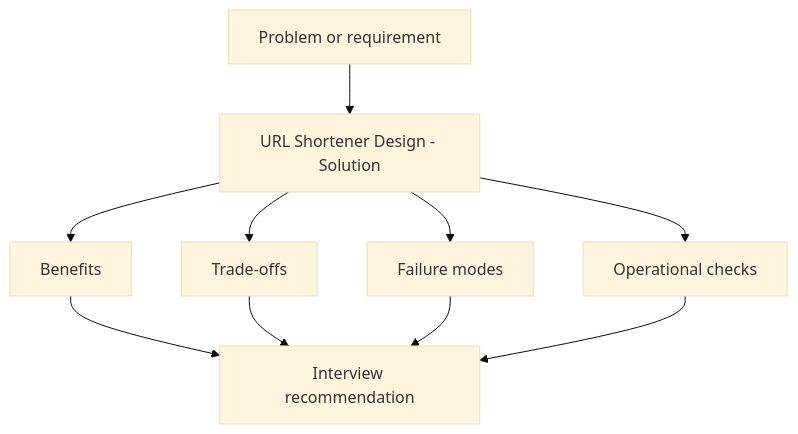
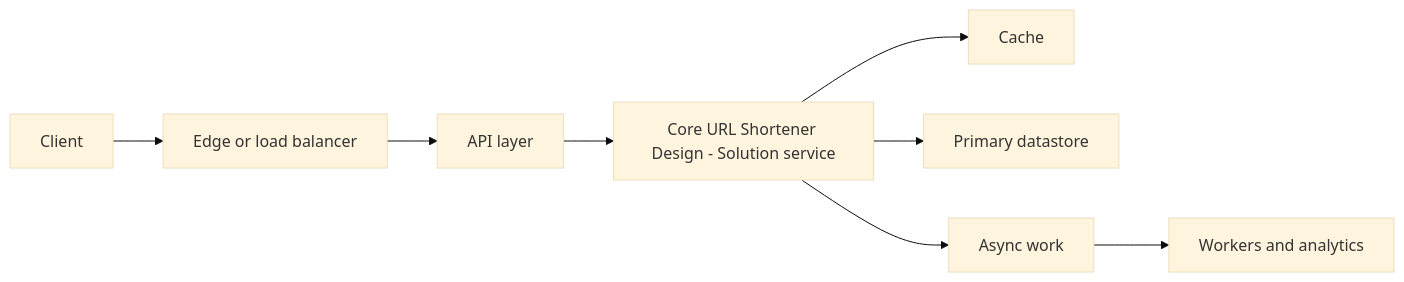
The first of 2 diagrams in case-studies/url-shortener/index.md (abstractinterviews/abstractinterviews.github.io), drawn with Mermaid (base theme) before and after one commit. The commit also changed other lines of this file and 278 other files, not shown here.

````diff
--- a/case-studies/url-shortener/index.md
+++ b/case-studies/url-shortener/index.md
@@ -183,12 +175,10 @@
-~~~mermaid
-flowchart TD
-    Problem["Problem or requirement"] --> Concept["URL Shortener Design - Solution"]
-    Concept --> Benefits["Benefits"]
-    Concept --> Tradeoffs["Trade-offs"]
-    Concept --> FailureModes["Failure modes"]
-    Concept --> Operations["Operational checks"]
-    Benefits --> Decision["Interview recommendation"]
-    Tradeoffs --> Decision
-    FailureModes --> Decision
-    Operations --> Decision
-~~~
+```mermaid
+flowchart LR
+    Client["Client"] --> Edge["Edge or load balancer"]
+    Edge --> API["API layer"]
+    API --> Core["Core URL Shortener Design - Solution service"]
+    Core --> Cache["Cache"]
+    Core --> DB["Primary datastore"]
+    Core --> Queue["Async work"]
+    Queue --> Workers["Workers and analytics"]
+```
````
